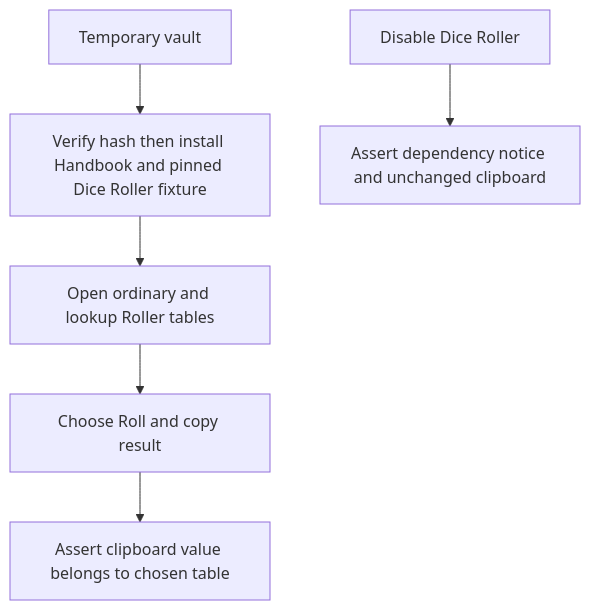
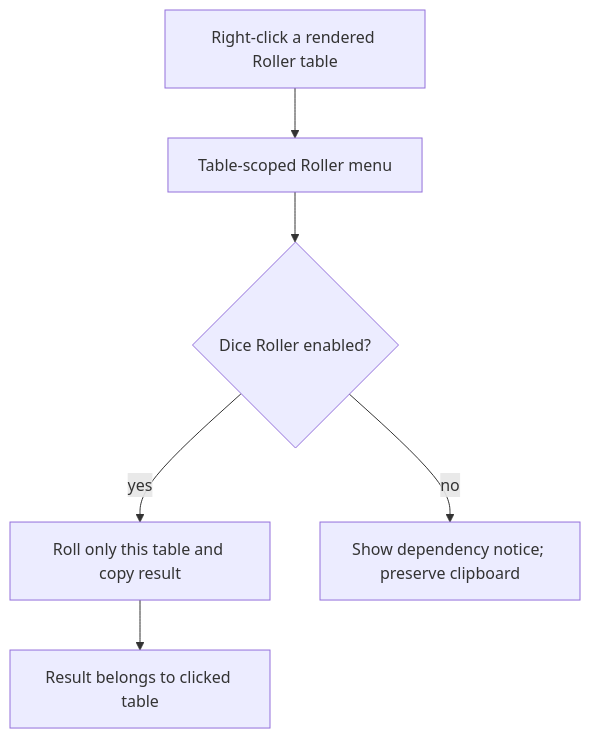
The first of 2 diagrams in aidd_docs/tasks/2026_09/2026_09_22_audit-fixes/phase-3.md (RebelliousSmile/obsidian-handbook), drawn with Mermaid before and after one commit. The commit also changed other lines of this file and 13 other files, not shown here.

Commit message:
feat(roller): bind menu to clicked tables

````diff
--- a/aidd_docs/tasks/2026_09/2026_09_22_audit-fixes/phase-3.md
+++ b/aidd_docs/tasks/2026_09/2026_09_22_audit-fixes/phase-3.md
@@ -24,8 +29,8 @@
 ```mermaid
 flowchart TD
-  A[Temporary vault] --> B[Verify hash then install Handbook and pinned Dice Roller fixture]
-  B --> C[Open ordinary and lookup Roller tables]
-  C --> D[Choose Roll and copy result]
-  D --> E[Assert clipboard value belongs to chosen table]
-  F[Disable Dice Roller] --> G[Assert dependency notice and unchanged clipboard]
+  A[Right-click a rendered Roller table] --> B[Table-scoped Roller menu]
+  B --> C{Dice Roller enabled?}
+  C -->|yes| D[Roll only this table and copy result]
+  C -->|no| E[Show dependency notice; preserve clipboard]
+  D --> F[Result belongs to clicked table]
 ```
````
